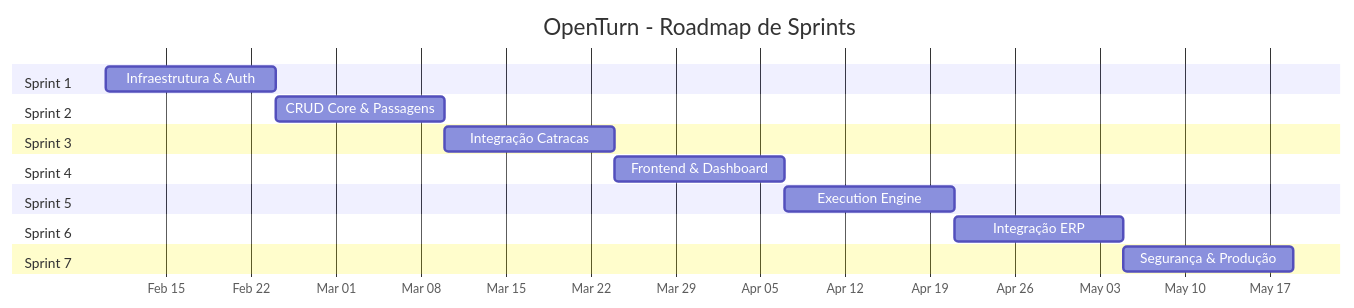
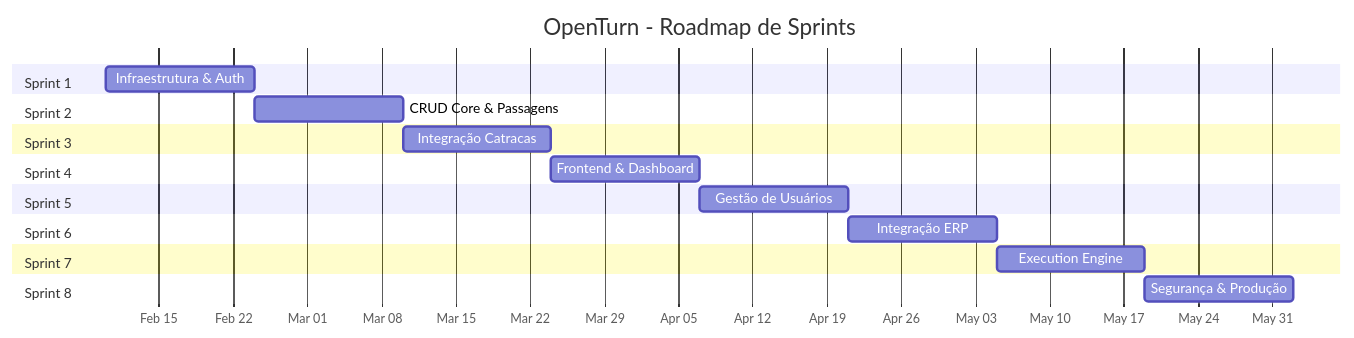
The first of 2 diagrams in docs/SPRINTS.md (marcosdslau/openturn), drawn with Mermaid before and after one commit. The commit also changed other lines of this file and 24 other files, not shown here.

````diff
--- a/docs/SPRINTS.md
+++ b/docs/SPRINTS.md
@@ -242,27 +257,30 @@
 ```mermaid
 gantt
     title OpenTurn - Roadmap de Sprints
     dateFormat  YYYY-MM-DD
     axisFormat  %b %d
 
     section Sprint 1
     Infraestrutura & Auth       :s1, 2026-02-10, 14d
 
     section Sprint 2
     CRUD Core & Passagens       :s2, after s1, 14d
 
     section Sprint 3
     Integração Catracas         :s3, after s2, 14d
 
     section Sprint 4
     Frontend & Dashboard        :s4, after s3, 14d
 
     section Sprint 5
-    Execution Engine            :s5, after s4, 14d
+    Gestão de Usuários          :s5, after s4, 14d
 
     section Sprint 6
     Integração ERP              :s6, after s5, 14d
 
     section Sprint 7
-    Segurança & Produção        :s7, after s6, 14d
+    Execution Engine            :s7, after s6, 14d
+
+    section Sprint 8
+    Segurança & Produção        :s8, after s7, 14d
 ```
````
